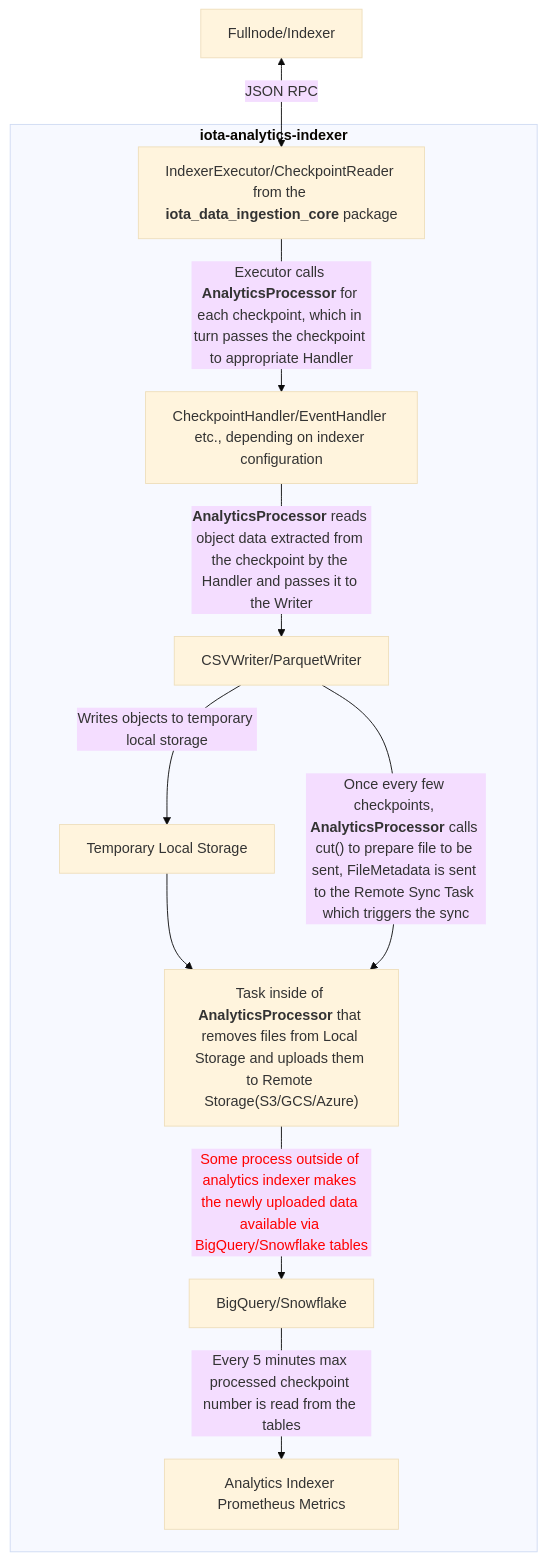
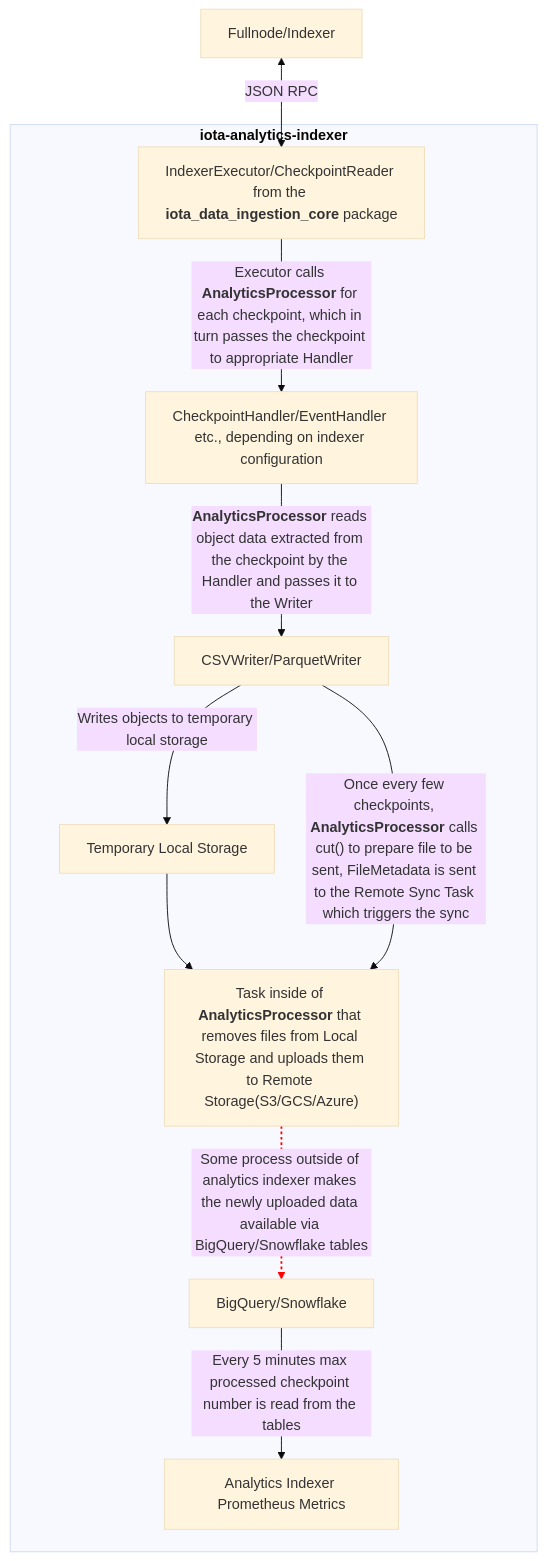
One commit to iotaledger/iota changed the diagram in crates/iota-analytics-indexer/README.md. Above: the diagram before and after it, drawn with Mermaid (base theme).

Commit message:
Style diagram to look better in both dark and light modes

````diff
--- a/crates/iota-analytics-indexer/README.md
+++ b/crates/iota-analytics-indexer/README.md
@@ -97,15 +97,15 @@
 ```mermaid
 flowchart TD
     FNODE["Fullnode/Indexer"] <-->|JSON RPC| CPREADER["`IndexerExecutor/CheckpointReader from the **iota_data_ingestion_core** package`"];
     subgraph "`**iota-analytics-indexer**`"
         CPREADER -->|"`Executor calls **AnalyticsProcessor** for each checkpoint, which in turn passes the checkpoint to appropriate Handler`"| HANDLER["CheckpointHandler/EventHandler etc., depending on indexer configuration"]
         HANDLER -->|"`**AnalyticsProcessor** reads object data extracted from the checkpoint by the Handler and passes it to the Writer`"| WRITER["CSVWriter/ParquetWriter"]
         WRITER -->|Writes objects to temporary local storage| DISK[Temporary Local Storage]
         DISK --> REMOTESYNC["`Task inside of **AnalyticsProcessor** that removes files from Local Storage and uploads them to Remote Storage(S3/GCS/Azure)`"]
         WRITER -->|"`Once every few checkpoints, **AnalyticsProcessor** calls cut() to prepare file to be sent, FileMetadata is sent to the Remote Sync Task which triggers the sync`"| REMOTESYNC
         REMOTESYNC -->|Some process outside of analytics indexer makes the newly uploaded data available via BigQuery/Snowflake tables| BQSF["BigQuery/Snowflake"]
         BQSF -->|"Every 5 minutes max processed checkpoint number is read from the tables"| METRICS[Analytics Indexer Prometheus Metrics]
     end
 
-linkStyle 6 color:red;
+linkStyle 6 stroke:red,stroke-width:2px,stroke-dasharray:3;
 ```
````
